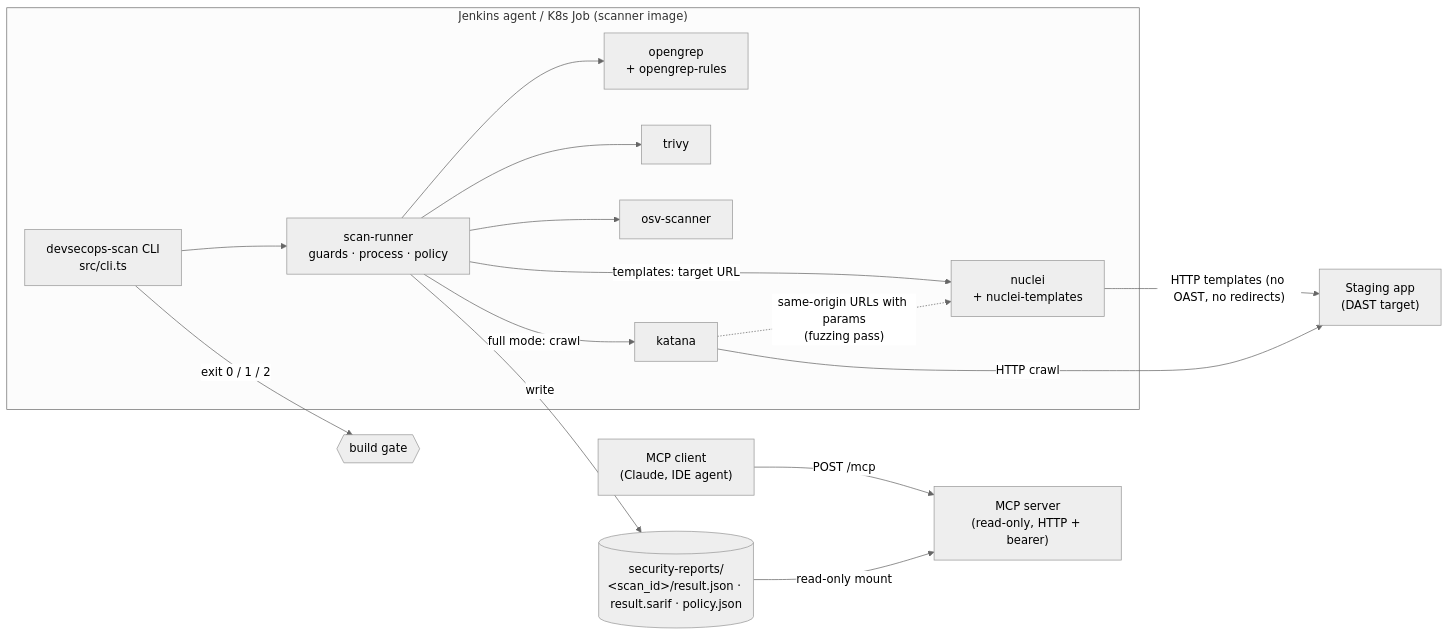
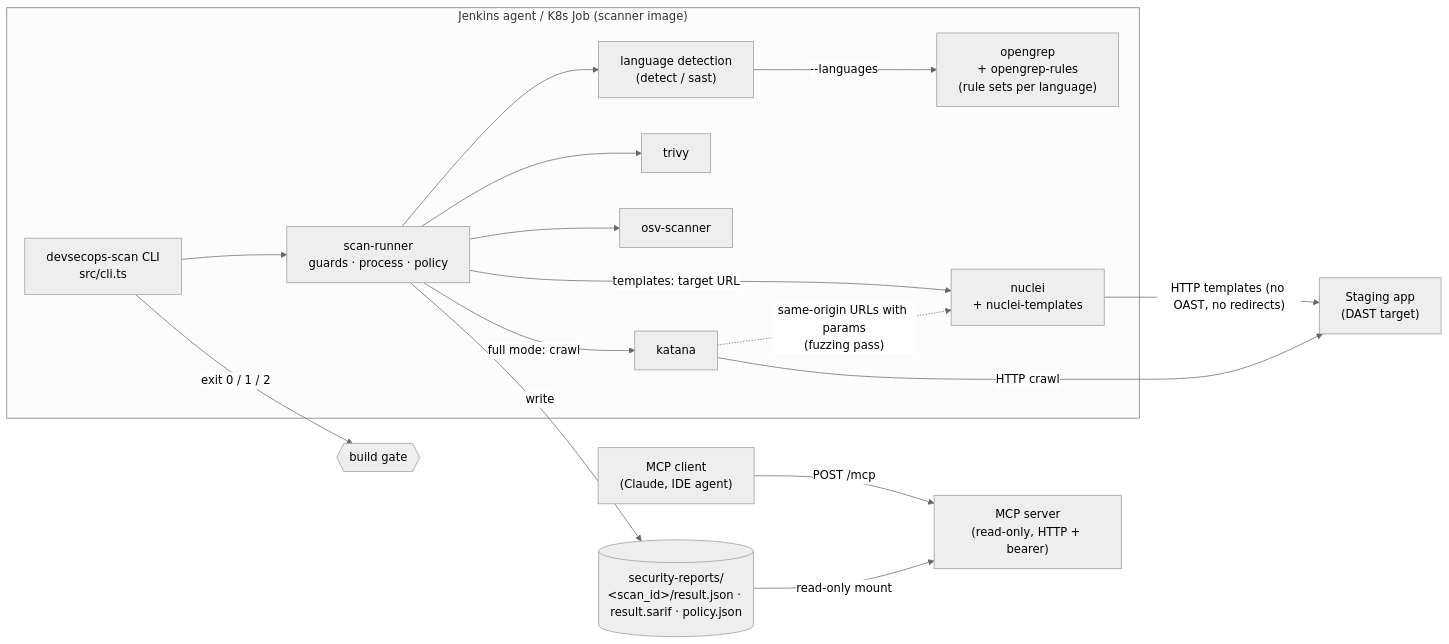
The diagram in docs/ARCHITECTURE.md (nguyentin2068/DevSecOps-MCP), drawn with Mermaid (neutral theme) before and after one commit. The commit also changed other lines of this file and 17 other files, not shown here.

````diff
--- a/docs/ARCHITECTURE.md
+++ b/docs/ARCHITECTURE.md
@@ -13,29 +13,32 @@
 ```mermaid
 flowchart LR
   subgraph CI["Jenkins agent / K8s Job (scanner image)"]
     CLI["devsecops-scan CLI<br/>src/cli.ts"]
     RUN["scan-runner<br/>guards · process · policy"]
-    OG["opengrep<br/>+ opengrep-rules"]
+    DET["language detection<br/>(detect / sast)"]
+    OG["opengrep<br/>+ opengrep-rules<br/>(rule sets per language)"]
     TV["trivy"]
     OSV["osv-scanner"]
     KT["katana"]
     NU["nuclei<br/>+ nuclei-templates"]
     CLI --> RUN
-    RUN --> OG & TV & OSV
+    RUN --> DET
+    DET -- "--languages" --> OG
+    RUN --> TV & OSV
     RUN -- "templates: target URL" --> NU
     RUN -- "full mode: crawl" --> KT
     KT -. "same-origin URLs with params<br/>(fuzzing pass)" .-> NU
   end
 
   APP["Staging app<br/>(DAST target)"]
   VOL[("security-reports/<br/>&lt;scan_id&gt;/result.json · result.sarif · policy.json")]
   MCP["MCP server<br/>(read-only, HTTP + bearer)"]
   LLM["MCP client<br/>(Claude, IDE agent)"]
 
   KT -- "HTTP crawl" --> APP
   NU -- "HTTP templates (no OAST, no redirects)" --> APP
   RUN -- "write" --> VOL
   CLI -- "exit 0 / 1 / 2" --> GATE{{"build gate"}}
   VOL -- "read-only mount" --> MCP
   LLM -- "POST /mcp" --> MCP
 ```
````
